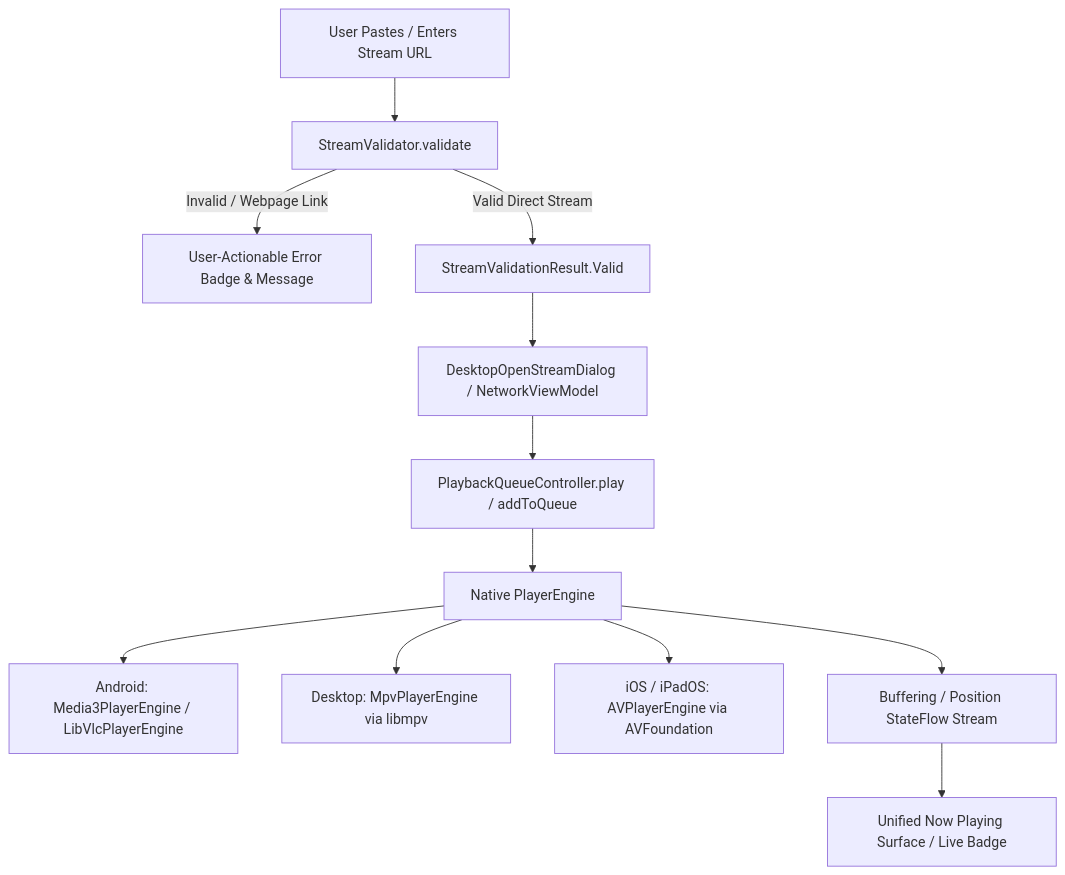
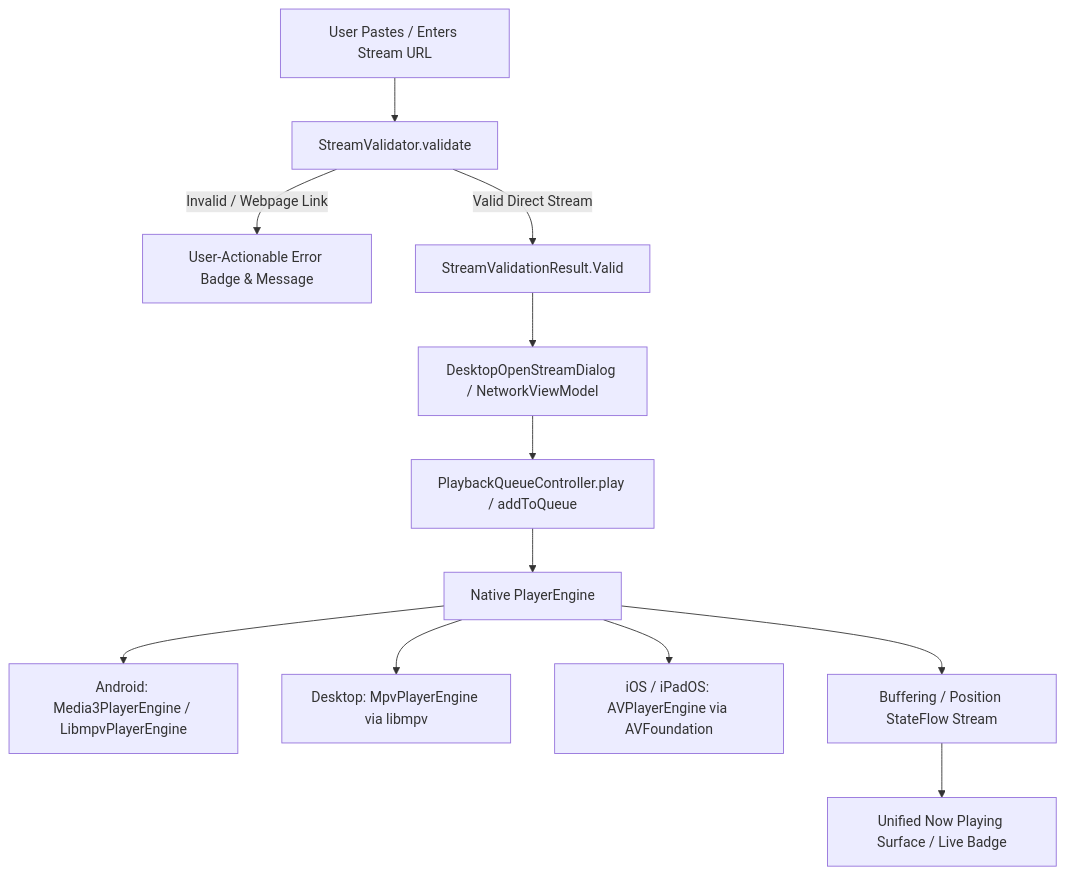
Before and after one commit to Vimivo/Player: the diagram in docs/URL_STREAMING_ARCHITECTURE.md, drawn with Mermaid. The commit also changed other lines of this file and 25 other files, not shown here.

First line of the commit message:
docs: libmpv replaces LibVLC as the Android fallback engine

````diff
--- a/docs/URL_STREAMING_ARCHITECTURE.md
+++ b/docs/URL_STREAMING_ARCHITECTURE.md
@@ -18,14 +18,14 @@
 ```mermaid
 graph TD
     A[User Pastes / Enters Stream URL] --> B[StreamValidator.validate]
     B -->|Invalid / Webpage Link| C[User-Actionable Error Badge & Message]
     B -->|Valid Direct Stream| D[StreamValidationResult.Valid]
     D --> E[DesktopOpenStreamDialog / NetworkViewModel]
     E --> F[PlaybackQueueController.play / addToQueue]
     F --> G[Native PlayerEngine]
-    G --> H[Android: Media3PlayerEngine / LibVlcPlayerEngine]
+    G --> H[Android: Media3PlayerEngine / LibmpvPlayerEngine]
     G --> I[Desktop: MpvPlayerEngine via libmpv]
     G --> J[iOS / iPadOS: AVPlayerEngine via AVFoundation]
     G --> K[Buffering / Position StateFlow Stream]
     K --> L[Unified Now Playing Surface / Live Badge]
 ```
````
